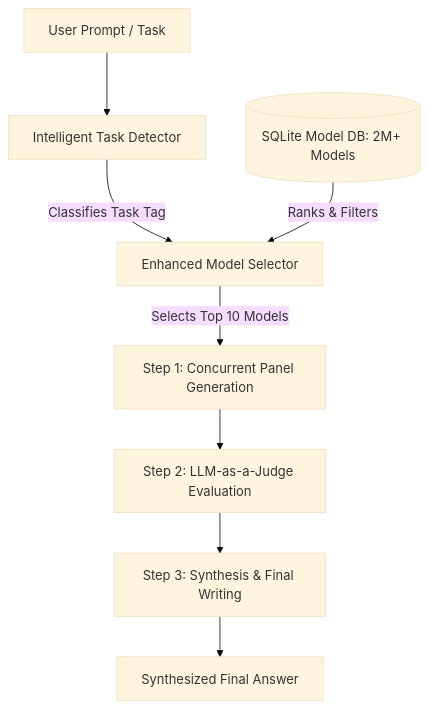
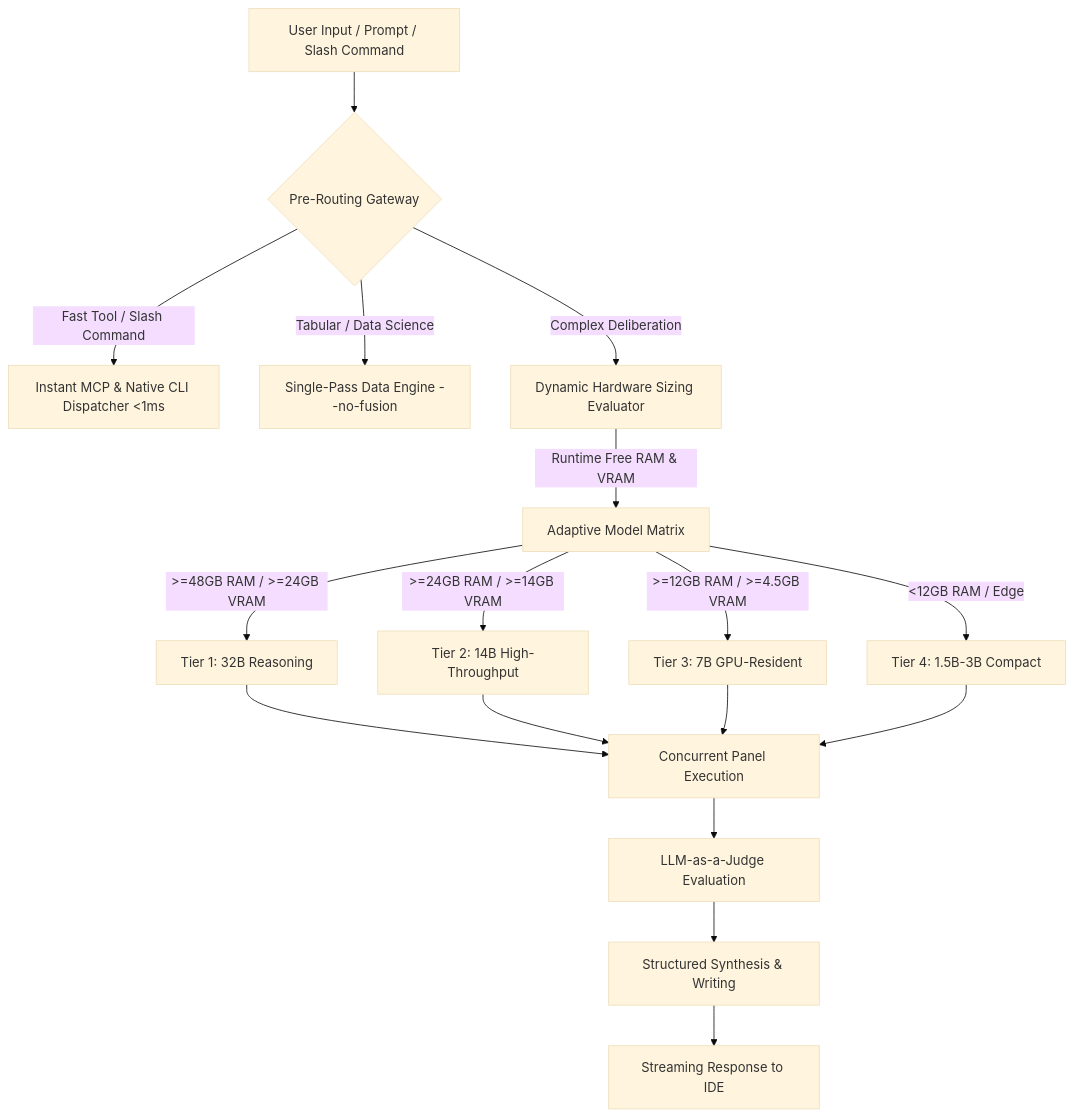
Before and after one commit to oyesanyf/ModelFusion: the first of 2 diagrams in README.md, drawn with Mermaid (base theme). The commit also changed other lines of this file and 5 other files, not shown here.

Commit message:
feat(docs): upgrade README with interactive architecture, fix atlas doc-test, package signed MSI 147 (#87)

````diff
--- a/README.md
+++ b/README.md
@@ -73,10 +76,18 @@
 ```mermaid
 graph TD
-    A[User Prompt / Task] --> B[Intelligent Task Detector]
-    B -->|Classifies Task Tag| C[Enhanced Model Selector]
-    D[(SQLite Model DB: 2M+ Models)] -->|Ranks & Filters| C
-    C -->|Selects Top 10 Models| E[Step 1: Concurrent Panel Generation]
-    E --> F[Step 2: LLM-as-a-Judge Evaluation]
-    F --> G[Step 3: Synthesis & Final Writing]
-    G --> H[Synthesized Final Answer]
+    A[User Input / Prompt / Slash Command] --> B{Pre-Routing Gateway}
+    B -->|Fast Tool / Slash Command| C[Instant MCP & Native CLI Dispatcher <1ms]
+    B -->|Tabular / Data Science| D[Single-Pass Data Engine --no-fusion]
+    B -->|Complex Deliberation| E[Dynamic Hardware Sizing Evaluator]
+    
+    E -->|Runtime Free RAM & VRAM| F[Adaptive Model Matrix]
+    F -->|>=48GB RAM / >=24GB VRAM| F1[Tier 1: 32B Reasoning]
+    F -->|>=24GB RAM / >=14GB VRAM| F2[Tier 2: 14B High-Throughput]
+    F -->|>=12GB RAM / >=4.5GB VRAM| F3[Tier 3: 7B GPU-Resident]
+    F -->|<12GB RAM / Edge| F4[Tier 4: 1.5B-3B Compact]
+    
+    F1 & F2 & F3 & F4 --> G[Concurrent Panel Execution]
+    G --> H[LLM-as-a-Judge Evaluation]
+    H --> I[Structured Synthesis & Writing]
+    I --> J[Streaming Response to IDE]
 ```
````
